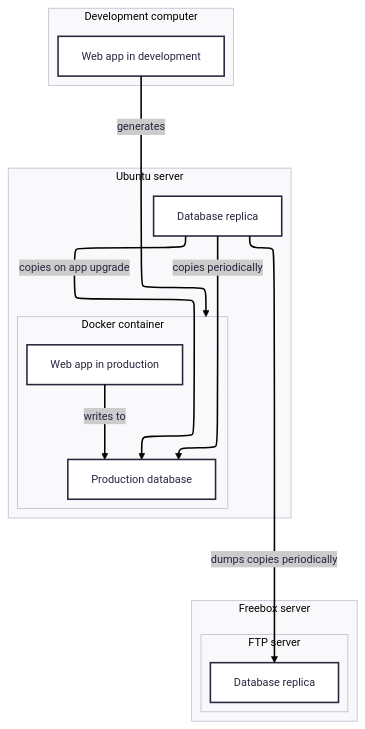
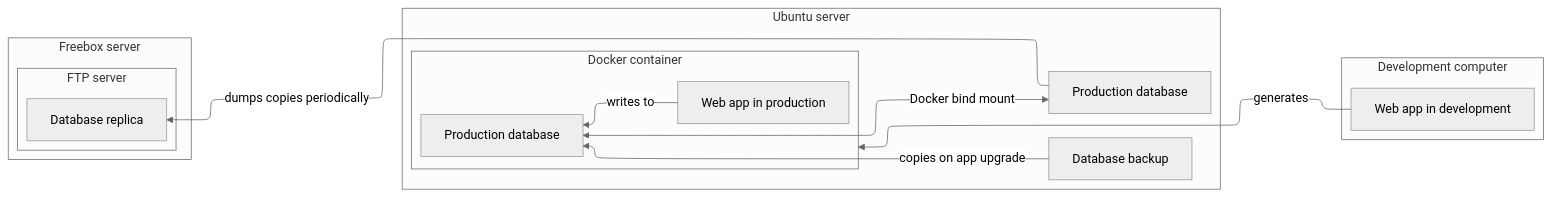
Before and after one commit to plfelter/verbatims-utn-vdl: the diagram in README.md, drawn with Mermaid. The commit also changed 4 other files, not shown here.

Commit message:
Changed database storing strategy. Can now use a bind mount when running inside a docker container to mirror the host database

````diff
--- a/README.md
+++ b/README.md
@@ -9,30 +9,34 @@
 ```mermaid
 ---
 config:
-  theme: redux
+  theme: neutral
   layout: elk
+  elk:
+    mergeEdges: true
+    nodePlacementStrategy: SIMPLE
 ---
-flowchart TD
+flowchart RL
  subgraph DevPlatform["Development computer"]
         Dev_app["Web app in development"]
   end
  subgraph Container["Docker container"]
         Container_db["Production database"]
         Production_app["Web app in production"]
   end
  subgraph Server["Ubuntu server"]
         Container
-        Ubuntu_db["Database replica"]
+     Ubuntu_db["Production database"]
+     Ubuntu_backup_db["Database backup"]
   end
  subgraph FTP["FTP server"]
         Freebox_db["Database replica"]
   end
  subgraph Freebox["Freebox server"]
         FTP
   end
     Production_app -- writes to --> Container_db
+    Ubuntu_backup_db -- copies on app upgrade --> Container_db
+    Ubuntu_db <-- Docker bind mount --> Container_db
+    Ubuntu_db -- dumps copies periodically --> Freebox_db
     Dev_app -- generates --> Container
-    Ubuntu_db -- copies periodically --> Container_db
-    Ubuntu_db -- copies on app upgrade --> Container_db
-    Ubuntu_db -- dumps copies periodically --> Freebox_db
 ```
````
